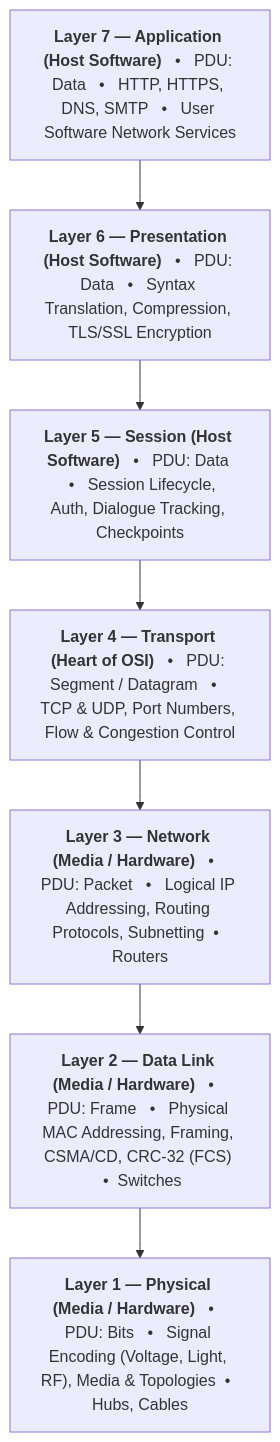
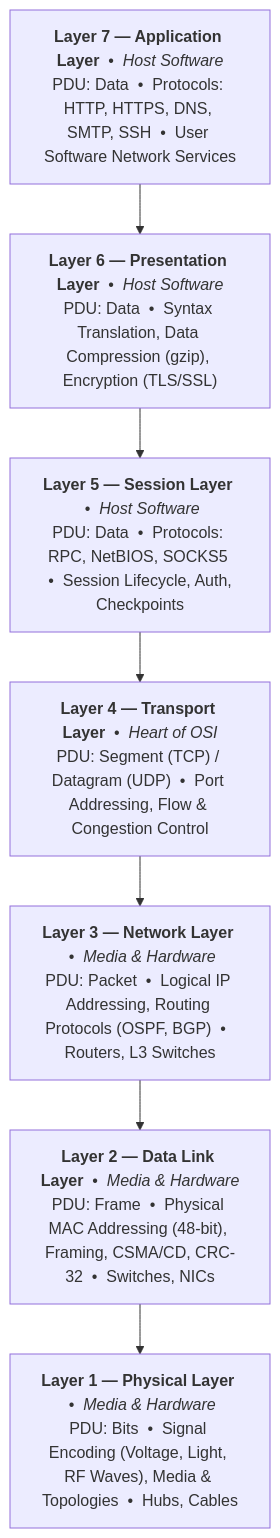
One commit to rohithgowda18/Notes changed the first of 5 diagrams in 03-Computer-Networks/OSI-Model-7-Layers.md. Above: the diagram before and after it, drawn with Mermaid.

Commit message:
style: balance 7-layer architecture diagram with structured 2-line wide rectangular cards

````diff
--- a/03-Computer-Networks/OSI-Model-7-Layers.md
+++ b/03-Computer-Networks/OSI-Model-7-Layers.md
@@ -36,12 +36,12 @@
 ```mermaid
 flowchart TD
-    L7["<b>Layer 7 — Application (Host Software)</b> &nbsp;&nbsp;&bull;&nbsp;&nbsp; PDU: Data &nbsp;&nbsp;&bull;&nbsp;&nbsp; HTTP, HTTPS, DNS, SMTP &nbsp;&nbsp;&bull;&nbsp;&nbsp; User Software Network Services"]
-    L6["<b>Layer 6 — Presentation (Host Software)</b> &nbsp;&nbsp;&bull;&nbsp;&nbsp; PDU: Data &nbsp;&nbsp;&bull;&nbsp;&nbsp; Syntax Translation, Compression, TLS/SSL Encryption"]
-    L5["<b>Layer 5 — Session (Host Software)</b> &nbsp;&nbsp;&bull;&nbsp;&nbsp; PDU: Data &nbsp;&nbsp;&bull;&nbsp;&nbsp; Session Lifecycle, Auth, Dialogue Tracking, Checkpoints"]
-    L4["<b>Layer 4 — Transport (Heart of OSI)</b> &nbsp;&nbsp;&bull;&nbsp;&nbsp; PDU: Segment / Datagram &nbsp;&nbsp;&bull;&nbsp;&nbsp; TCP & UDP, Port Numbers, Flow & Congestion Control"]
-    L3["<b>Layer 3 — Network (Media / Hardware)</b> &nbsp;&nbsp;&bull;&nbsp;&nbsp; PDU: Packet &nbsp;&nbsp;&bull;&nbsp;&nbsp; Logical IP Addressing, Routing Protocols, Subnetting &nbsp;&bull;&nbsp; Routers"]
-    L2["<b>Layer 2 — Data Link (Media / Hardware)</b> &nbsp;&nbsp;&bull;&nbsp;&nbsp; PDU: Frame &nbsp;&nbsp;&bull;&nbsp;&nbsp; Physical MAC Addressing, Framing, CSMA/CD, CRC-32 (FCS) &nbsp;&bull;&nbsp; Switches"]
-    L1["<b>Layer 1 — Physical (Media / Hardware)</b> &nbsp;&nbsp;&bull;&nbsp;&nbsp; PDU: Bits &nbsp;&nbsp;&bull;&nbsp;&nbsp; Signal Encoding (Voltage, Light, RF), Media & Topologies &nbsp;&bull;&nbsp; Hubs, Cables"]
+    L7["<b>Layer 7 — Application Layer</b> &nbsp;&bull;&nbsp; <i>Host Software</i><br/>PDU: Data &nbsp;&bull;&nbsp; Protocols: HTTP, HTTPS, DNS, SMTP, SSH &nbsp;&bull;&nbsp; User Software Network Services"]
+    L6["<b>Layer 6 — Presentation Layer</b> &nbsp;&bull;&nbsp; <i>Host Software</i><br/>PDU: Data &nbsp;&bull;&nbsp; Syntax Translation, Data Compression (gzip), Encryption (TLS/SSL)"]
+    L5["<b>Layer 5 — Session Layer</b> &nbsp;&bull;&nbsp; <i>Host Software</i><br/>PDU: Data &nbsp;&bull;&nbsp; Protocols: RPC, NetBIOS, SOCKS5 &nbsp;&bull;&nbsp; Session Lifecycle, Auth, Checkpoints"]
+    L4["<b>Layer 4 — Transport Layer</b> &nbsp;&bull;&nbsp; <i>Heart of OSI</i><br/>PDU: Segment (TCP) / Datagram (UDP) &nbsp;&bull;&nbsp; Port Addressing, Flow & Congestion Control"]
+    L3["<b>Layer 3 — Network Layer</b> &nbsp;&bull;&nbsp; <i>Media & Hardware</i><br/>PDU: Packet &nbsp;&bull;&nbsp; Logical IP Addressing, Routing Protocols (OSPF, BGP) &nbsp;&bull;&nbsp; Routers, L3 Switches"]
+    L2["<b>Layer 2 — Data Link Layer</b> &nbsp;&bull;&nbsp; <i>Media & Hardware</i><br/>PDU: Frame &nbsp;&bull;&nbsp; Physical MAC Addressing (48-bit), Framing, CSMA/CD, CRC-32 &nbsp;&bull;&nbsp; Switches, NICs"]
+    L1["<b>Layer 1 — Physical Layer</b> &nbsp;&bull;&nbsp; <i>Media & Hardware</i><br/>PDU: Bits &nbsp;&bull;&nbsp; Signal Encoding (Voltage, Light, RF Waves), Media & Topologies &nbsp;&bull;&nbsp; Hubs, Cables"]
 
     L7 --> L6 --> L5 --> L4 --> L3 --> L2 --> L1
 ```
````
